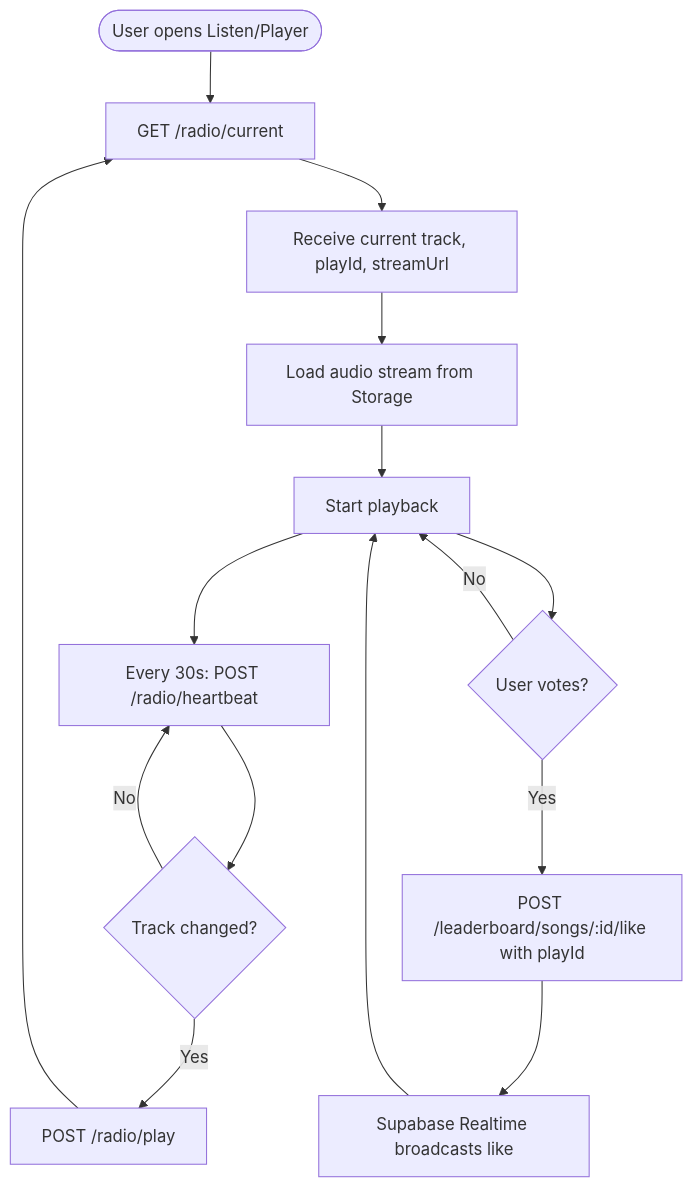
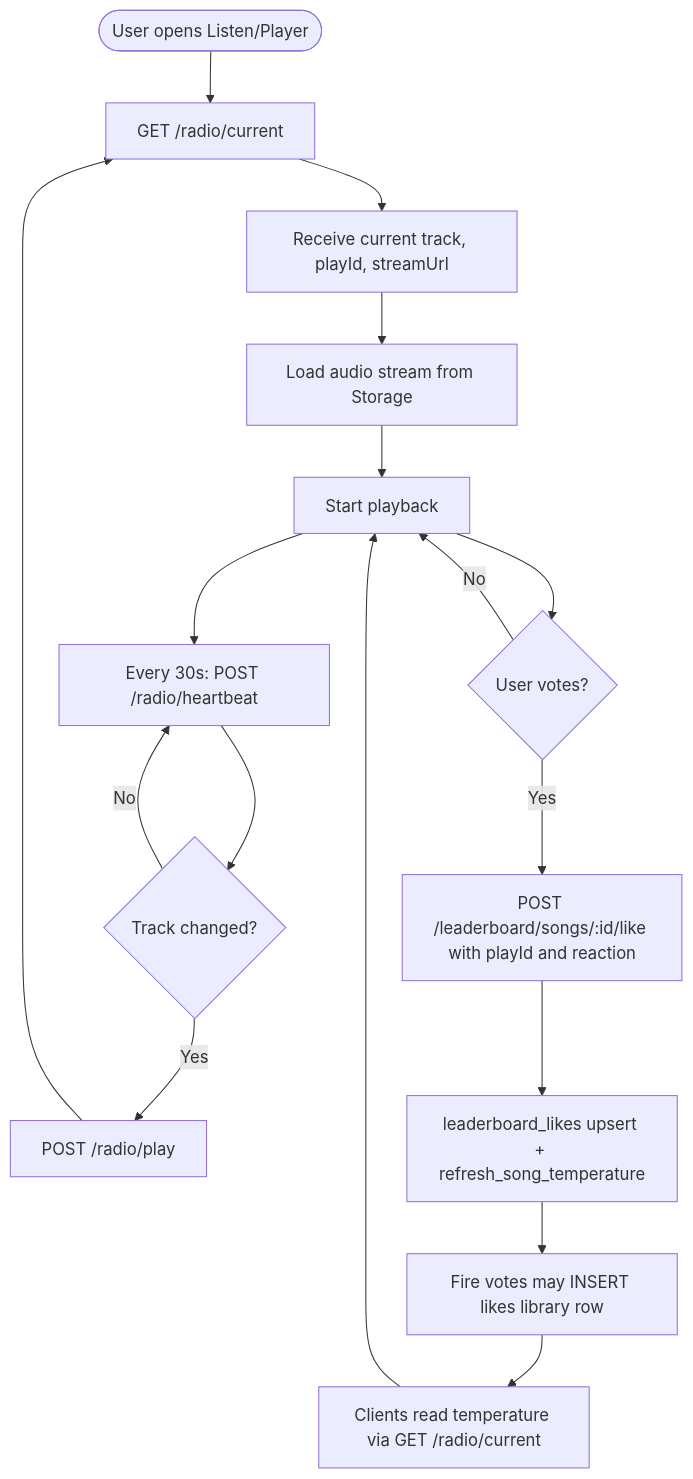
Before and after one commit to Tmaku18/RADIOapp: diagram 12 of 23 in docs/UML/uml-diagrams.md, drawn with Mermaid. The commit also changed other lines of this file and 6 other files, not shown here.

Commit message:
Docs: align README, API, schema, UML with temperature and leaderboards (047-049)

````diff
--- a/docs/UML/uml-diagrams.md
+++ b/docs/UML/uml-diagrams.md
@@ -351,19 +351,21 @@
 ```mermaid
 flowchart TD
     Start([User opens Listen/Player]) --> GetCurrent[GET /radio/current]
     GetCurrent --> ReceiveState[Receive current track, playId, streamUrl]
     ReceiveState --> LoadStream[Load audio stream from Storage]
     LoadStream --> StartPlayback[Start playback]
 
     StartPlayback --> HeartbeatLoop[Every 30s: POST /radio/heartbeat]
     HeartbeatLoop --> TrackChange{Track changed?}
     TrackChange -->|Yes| ReportPlay[POST /radio/play]
     ReportPlay --> GetCurrent
     TrackChange -->|No| HeartbeatLoop
 
     StartPlayback --> UserVote{User votes?}
-    UserVote -->|Yes| PostLike[POST /leaderboard/songs/:id/like with playId]
-    PostLike --> RealtimeBroadcast[Supabase Realtime broadcasts like]
-    RealtimeBroadcast --> StartPlayback
+    UserVote -->|Yes| PostLike[POST /leaderboard/songs/:id/like with playId and reaction]
+    PostLike --> DbVote[leaderboard_likes upsert + refresh_song_temperature]
+    DbVote --> MaybeLib[Fire votes may INSERT likes library row]
+    MaybeLib --> PollTemp[Clients read temperature via GET /radio/current]
+    PollTemp --> StartPlayback
     UserVote -->|No| StartPlayback
 ```
````
